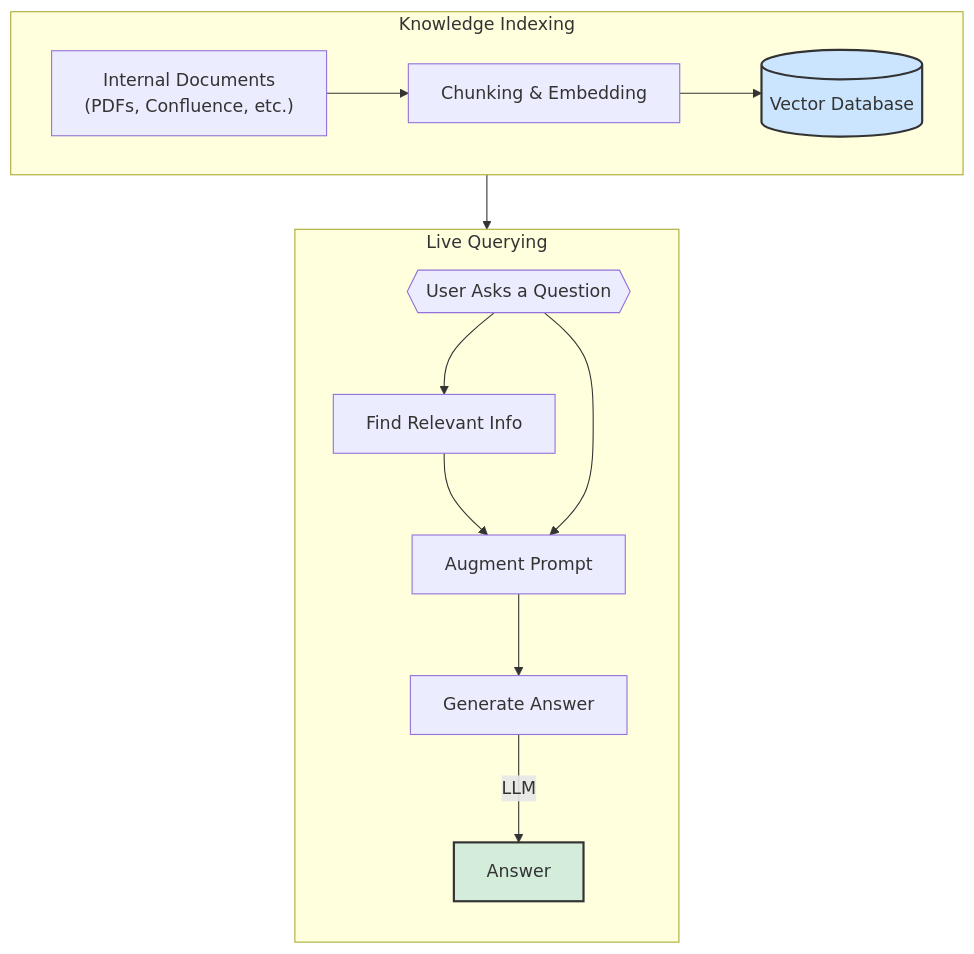
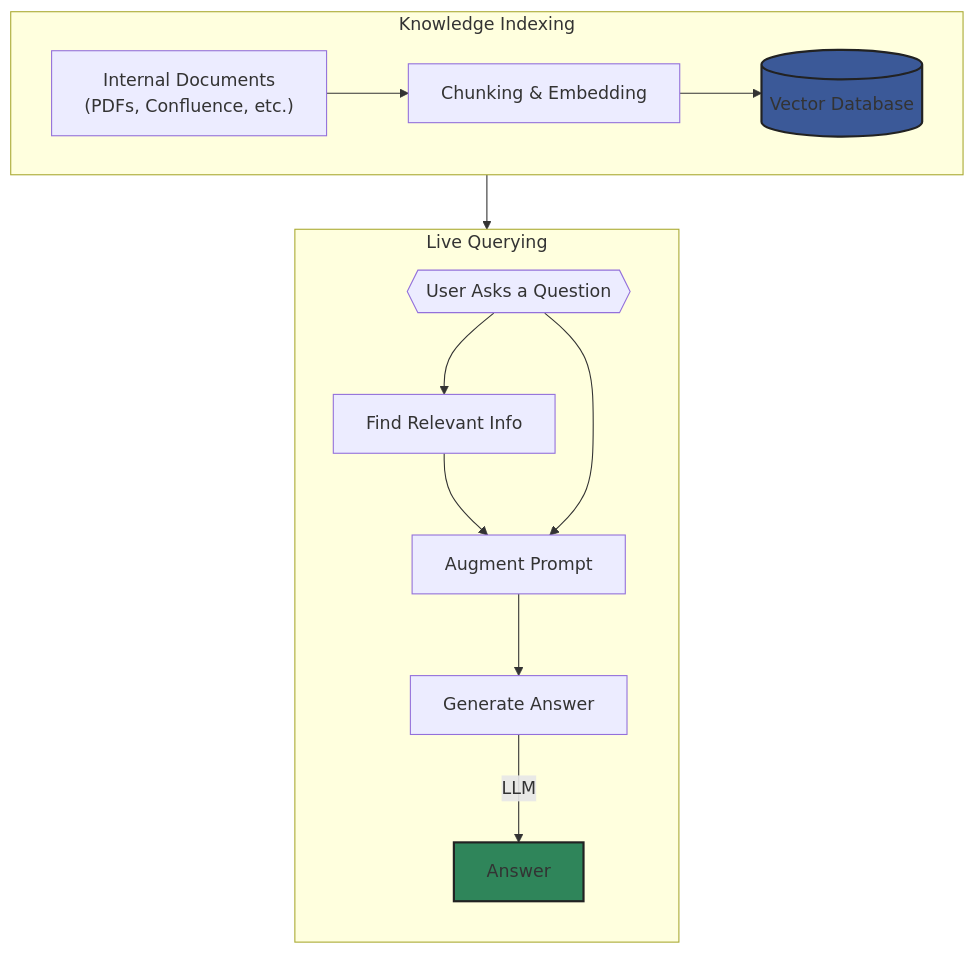
One commit to 89jobrien/examples changed the second of 5 diagrams in README.md. Above: the diagram before and after it, drawn with Mermaid. The commit also changed other lines of this file, not shown here.

````diff
--- a/README.md
+++ b/README.md
@@ -31,21 +31,21 @@
 ```mermaid
 flowchart TD
   subgraph "Knowledge Indexing"
     direction LR
     A["Internal Documents<br>(PDFs, Confluence, etc.)"] --> B["Chunking & Embedding"]
     B --> C[("Vector Database")]
   end
 
   subgraph "Live Querying"
     direction TB
     D{{User Asks a Question}} --> E["Find Relevant Info"]
     C --> E
     E --> F["Augment Prompt"]
     D --> F
     F --> G["Generate Answer"]
     G -- LLM --> H["Answer"]
   end
 
-  style C fill:#cce5ff,stroke:#333,stroke-width:2px
-  style H fill:#d4edda,stroke:#333,stroke-width:2px
+  style C fill:#3b5998,stroke:#222,stroke-width:2px
+  style H fill:#2f855a,stroke:#222,stroke-width:2px
 ```
````
